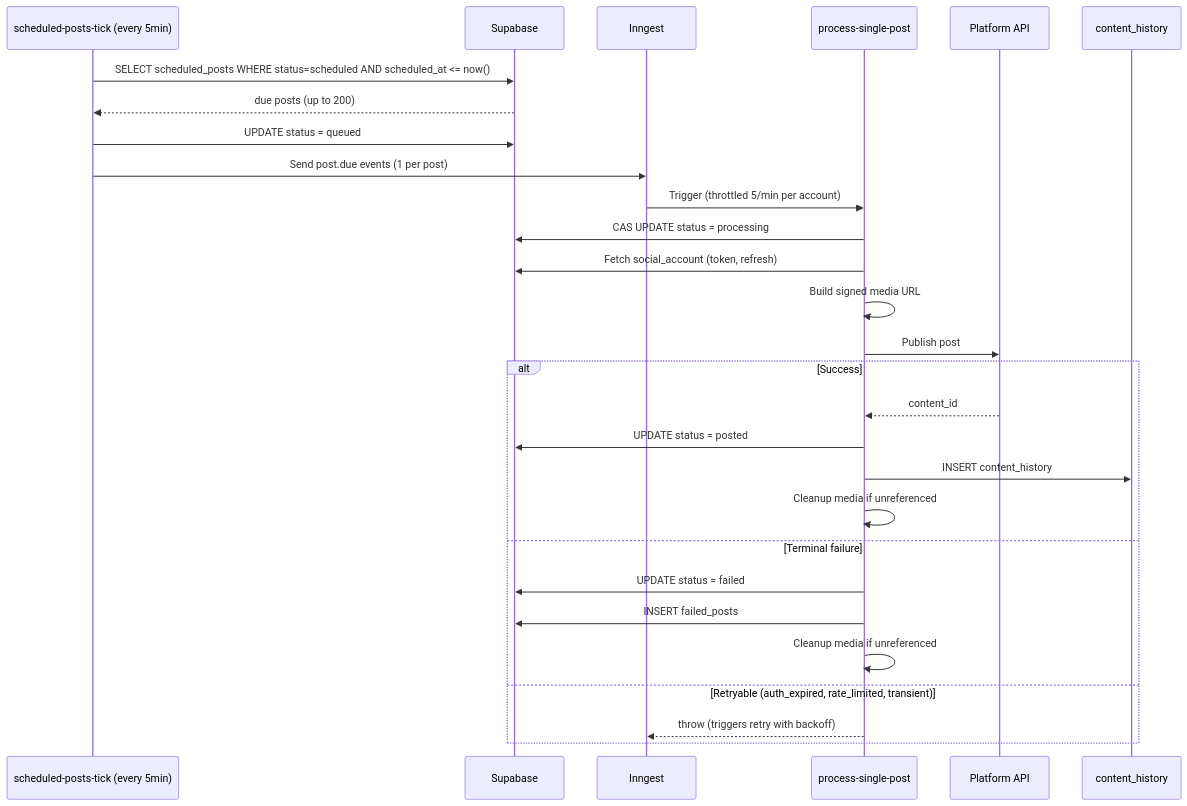
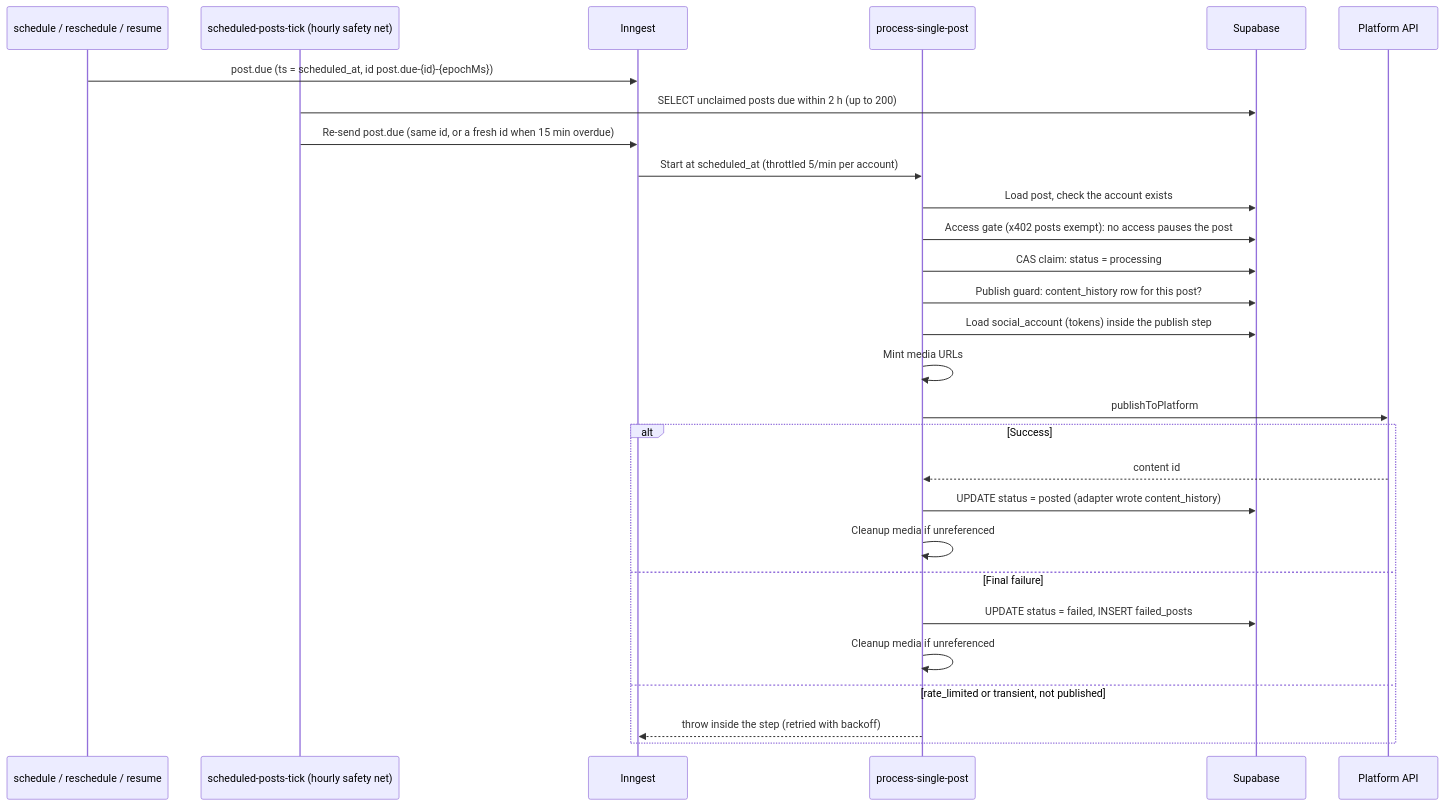
One commit to Andy00L/sharetopus changed the fourth of 8 diagrams in docs/ARCHITECTURE.md. Above: the diagram before and after it, drawn with Mermaid. The commit also changed other lines of this file and 15 other files, not shown here.

````diff
--- a/docs/ARCHITECTURE.md
+++ b/docs/ARCHITECTURE.md
@@ -360,31 +315,31 @@
 ```mermaid
 sequenceDiagram
-    participant Cron as scheduled-posts-tick (every 5min)
-    participant DB as Supabase
+    participant Writer as schedule / reschedule / resume
+    participant Tick as scheduled-posts-tick (hourly safety net)
     participant Inngest as Inngest
     participant Worker as process-single-post
+    participant DB as Supabase
     participant Platform as Platform API
-    participant History as content_history
 
-    Cron->>DB: SELECT scheduled_posts WHERE status=scheduled AND scheduled_at <= now()
-    DB-->>Cron: due posts (up to 200)
-    Cron->>DB: UPDATE status = queued
-    Cron->>Inngest: Send post.due events (1 per post)
-    Inngest->>Worker: Trigger (throttled 5/min per account)
-    Worker->>DB: CAS UPDATE status = processing
-    Worker->>DB: Fetch social_account (token, refresh)
-    Worker->>Worker: Build signed media URL
-    Worker->>Platform: Publish post
+    Writer->>Inngest: post.due (ts = scheduled_at, id post.due-{id}-{epochMs})
+    Tick->>DB: SELECT unclaimed posts due within 2 h (up to 200)
+    Tick->>Inngest: Re-send post.due (same id, or a fresh id when 15 min overdue)
+    Inngest->>Worker: Start at scheduled_at (throttled 5/min per account)
+    Worker->>DB: Load post, check the account exists
+    Worker->>DB: Access gate (x402 posts exempt): no access pauses the post
+    Worker->>DB: CAS claim: status = processing
+    Worker->>DB: Publish guard: content_history row for this post?
+    Worker->>DB: Load social_account (tokens) inside the publish step
+    Worker->>Worker: Mint media URLs
+    Worker->>Platform: publishToPlatform
     alt Success
-        Platform-->>Worker: content_id
-        Worker->>DB: UPDATE status = posted
-        Worker->>History: INSERT content_history
+        Platform-->>Worker: content id
+        Worker->>DB: UPDATE status = posted (adapter wrote content_history)
         Worker->>Worker: Cleanup media if unreferenced
-    else Terminal failure
-        Worker->>DB: UPDATE status = failed
-        Worker->>DB: INSERT failed_posts
+    else Final failure
+        Worker->>DB: UPDATE status = failed, INSERT failed_posts
         Worker->>Worker: Cleanup media if unreferenced
-    else Retryable (auth_expired, rate_limited, transient)
-        Worker-->>Inngest: throw (triggers retry with backoff)
+    else rate_limited or transient, not published
+        Worker-->>Inngest: throw inside the step (retried with backoff)
     end
 ```
````
